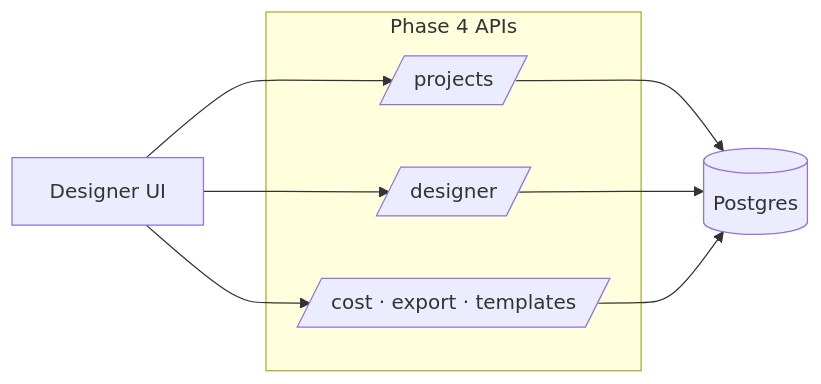
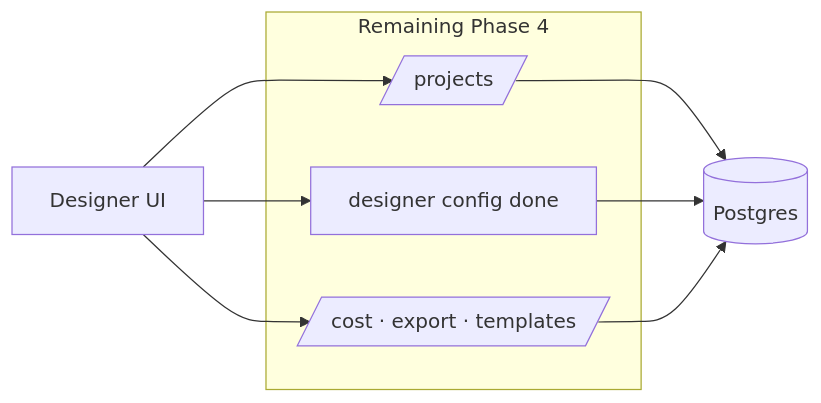
Before and after one commit to anulsasidharan/Unified-RAG-Studio: diagram 47 of 47 in docs/internal/PROJECT_SYSTEM_DESIGN_EVOLUTION.md, drawn with Mermaid. The commit also changed other lines of this file and 11 other files, not shown here.

Commit message:
designer config api added

````diff
--- a/docs/internal/PROJECT_SYSTEM_DESIGN_EVOLUTION.md
+++ b/docs/internal/PROJECT_SYSTEM_DESIGN_EVOLUTION.md
@@ -97,15 +1866,15 @@
 ```mermaid
 flowchart LR
   FE[Designer UI]
-  subgraph phase4 [Phase 4 APIs]
+  subgraph phase4 [Remaining Phase 4]
     P[/projects/]
-    D[/designer/]
+    D[designer config done]
     C[/cost · export · templates/]
   end
   FE --> P
   FE --> D
   FE --> C
   P --> DB[(Postgres)]
   D --> DB
   C --> DB
 ```
````
